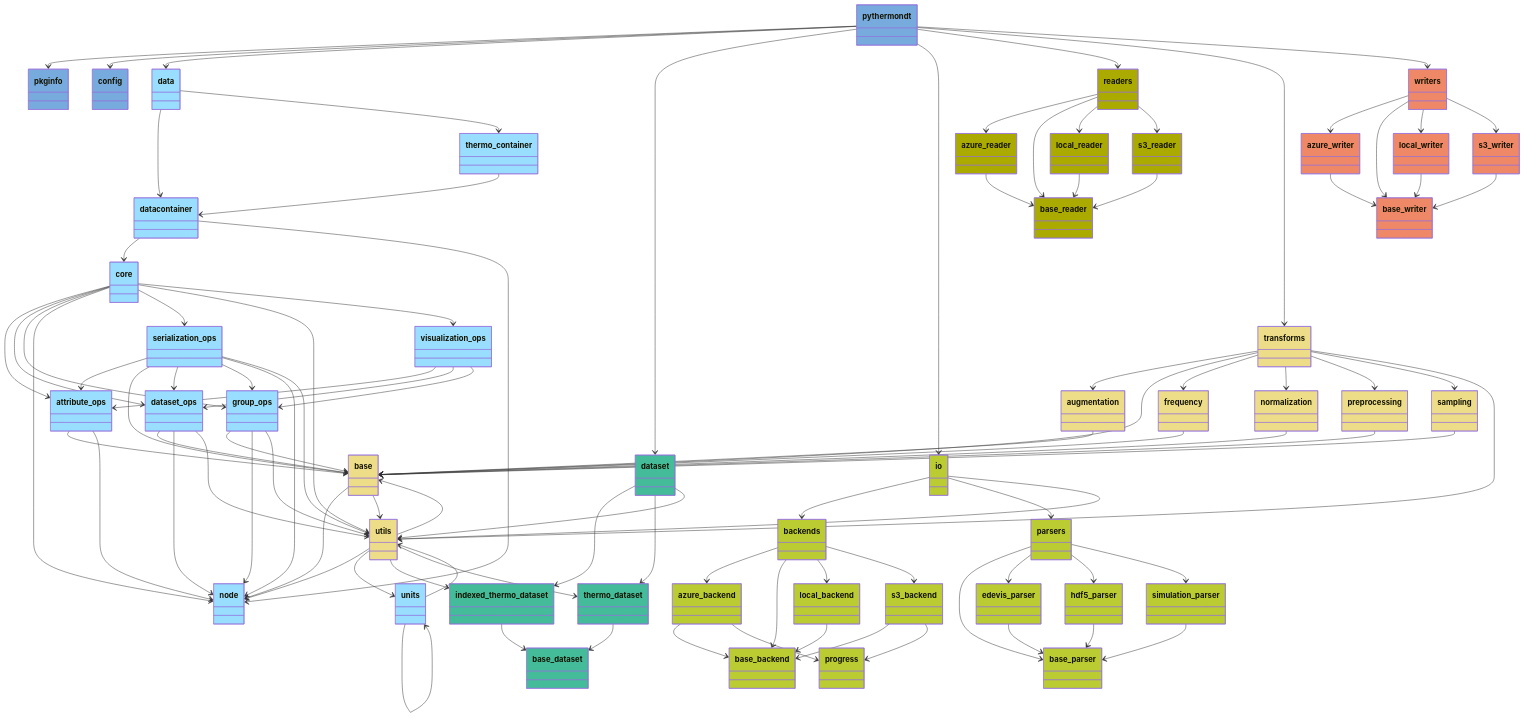
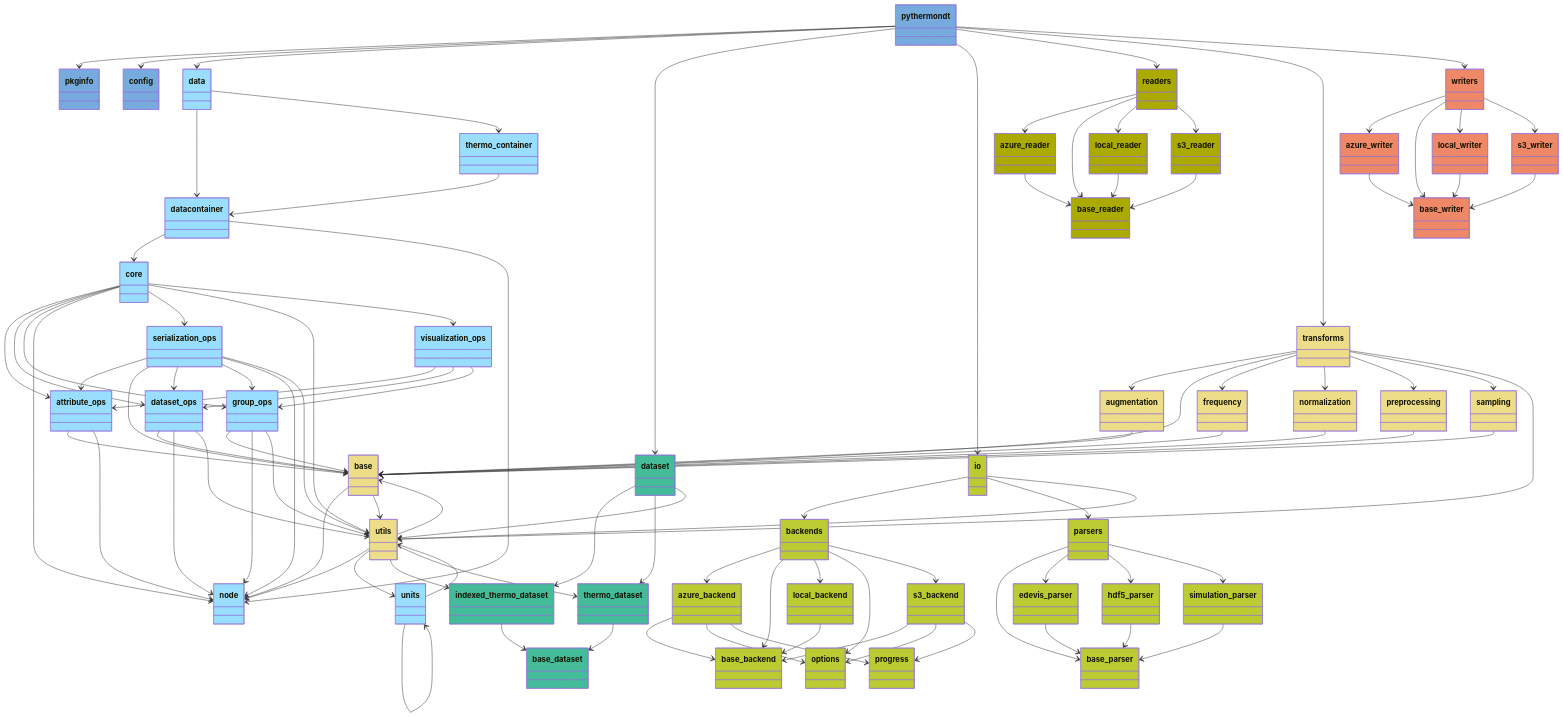
Before and after one commit to voidsy-gmbh/pyThermoNDT: the diagram in docs/pyreverse/mermaid/packages_pythermondt.mmd, drawn with Mermaid. The commit also changed 23 other files, not shown here.

```diff
--- a/docs/pyreverse/mermaid/packages_pythermondt.mmd
+++ b/docs/pyreverse/mermaid/packages_pythermondt.mmd
@@ -83,6 +83,9 @@
   class local_backend {
   }
   style local_backend fill:#BBCC33
+  class options {
+  }
+  style options fill:#BBCC33
   class progress {
   }
   style progress fill:#BBCC33
@@ -217,11 +220,14 @@
   backends --> azure_backend
   backends --> base_backend
   backends --> local_backend
+  backends --> options
   backends --> s3_backend
   azure_backend --> base_backend
+  azure_backend --> options
   azure_backend --> progress
   local_backend --> base_backend
   s3_backend --> base_backend
+  s3_backend --> options
   s3_backend --> progress
   parsers --> base_parser
   parsers --> edevis_parser
```
